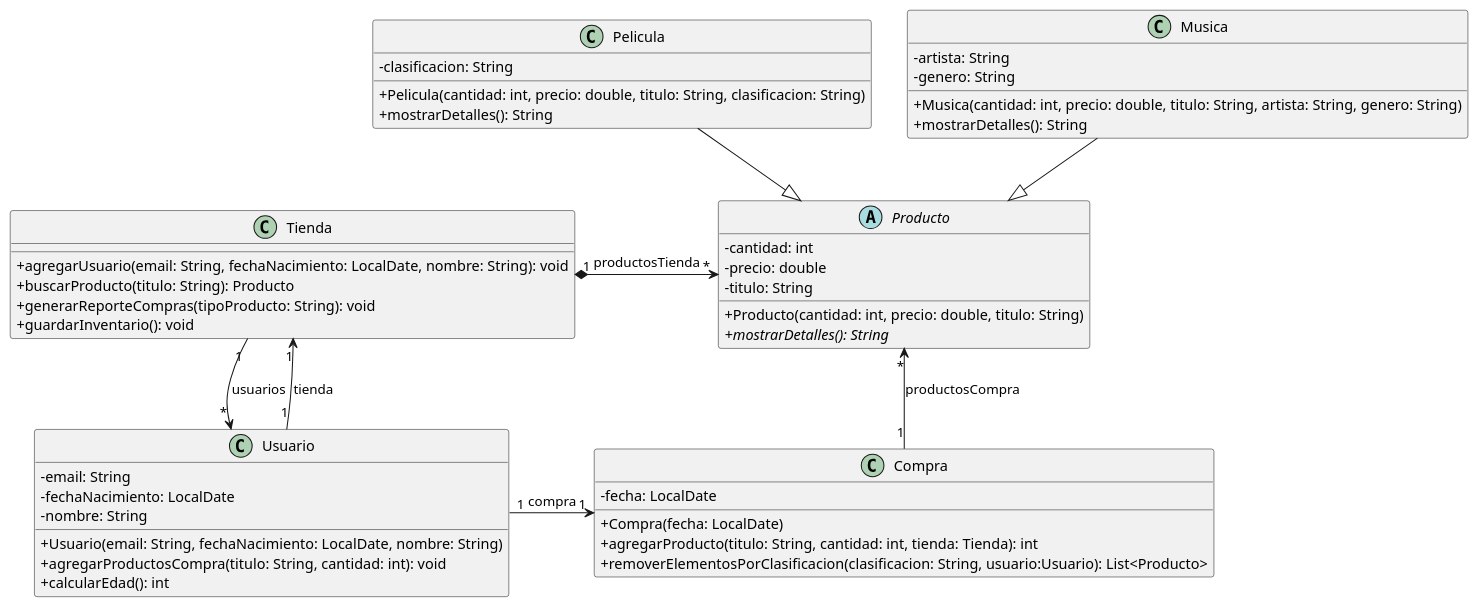
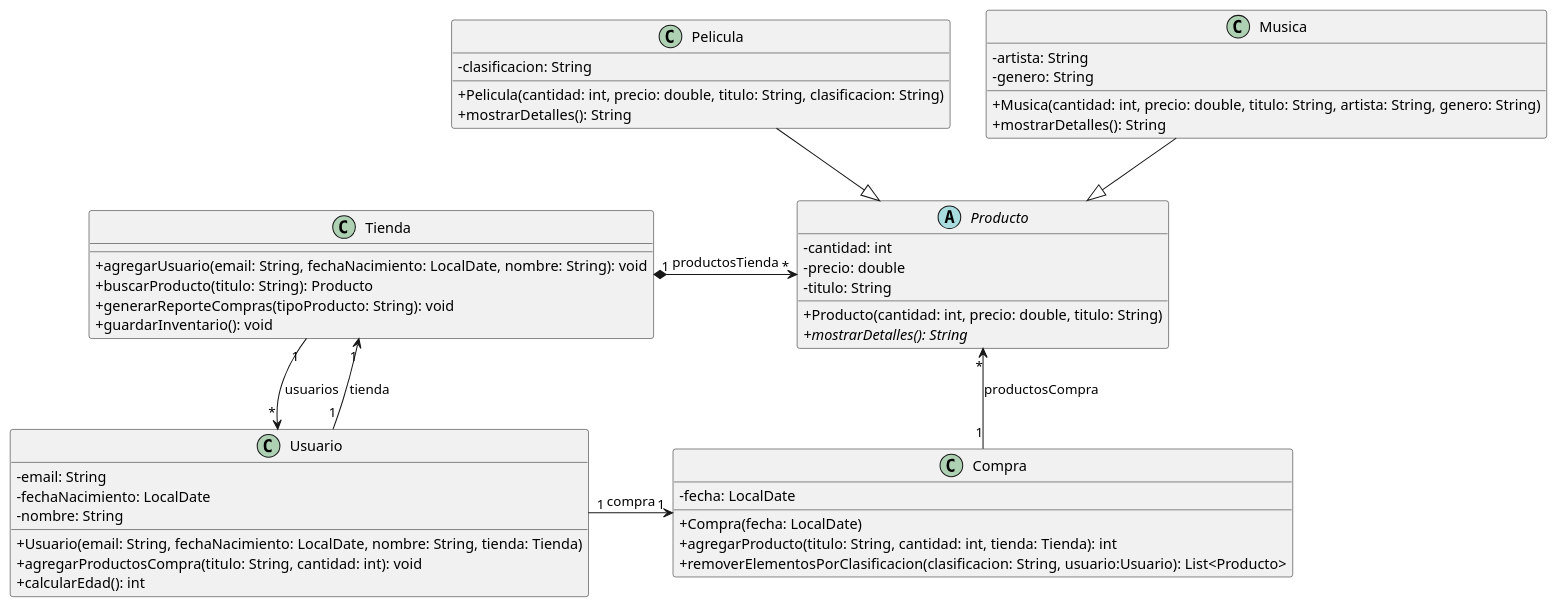
The diagram in Parcial2-2430-diagramas.puml (clase-programacion-avanzada/Parcial2_2430), drawn with PlantUML before and after one commit. The commit also changed 2 other files, not shown here.

```diff
--- a/Parcial2-2430-diagramas.puml
+++ b/Parcial2-2430-diagramas.puml
@@ -1,66 +1,66 @@
 @startuml
 skinparam classAttributeIconSize 0
 
 abstract class Producto {
     - cantidad: int
     - precio: double
     - titulo: String
 
     + Producto(cantidad: int, precio: double, titulo: String)
     + {abstract} mostrarDetalles(): String
 
 }
 
 class Pelicula  {
     - clasificacion: String
 
     + Pelicula(cantidad: int, precio: double, titulo: String, clasificacion: String)
     + mostrarDetalles(): String
 }
 
 class Musica {
     - artista: String
     - genero: String
 
     + Musica(cantidad: int, precio: double, titulo: String, artista: String, genero: String)
     + mostrarDetalles(): String
 }
 
 class Compra {
     - fecha: LocalDate
 
     + Compra(fecha: LocalDate)
     + agregarProducto(titulo: String, cantidad: int, tienda: Tienda): int
     + removerElementosPorClasificacion(clasificacion: String, usuario:Usuario): List<Producto>
 
 }
 
 class Usuario {
    - email: String
    - fechaNacimiento: LocalDate
    - nombre: String
 
-    + Usuario(email: String, fechaNacimiento: LocalDate, nombre: String)
+    + Usuario(email: String, fechaNacimiento: LocalDate, nombre: String, tienda: Tienda)
     + agregarProductosCompra(titulo: String, cantidad: int): void
     + calcularEdad(): int
 }
 
 class Tienda {
     + agregarUsuario(email: String, fechaNacimiento: LocalDate, nombre: String): void
     + buscarProducto(titulo: String): Producto
     + generarReporteCompras(tipoProducto: String): void
     + guardarInventario(): void
 }
 
 ' Relaciones
 skinparam groupInheritance 1
 Pelicula --|> Producto
 Musica --|> Producto
 
 Usuario "1" -right> "1" Compra : compra
 Compra "1" -up-> "*" Producto : productosCompra
 Tienda "1" -down-> "*" Usuario : usuarios
 Usuario "1" -up-> "1" Tienda : tienda
 Tienda "1" *-> "*" Producto : productosTienda
 
 @enduml
```
